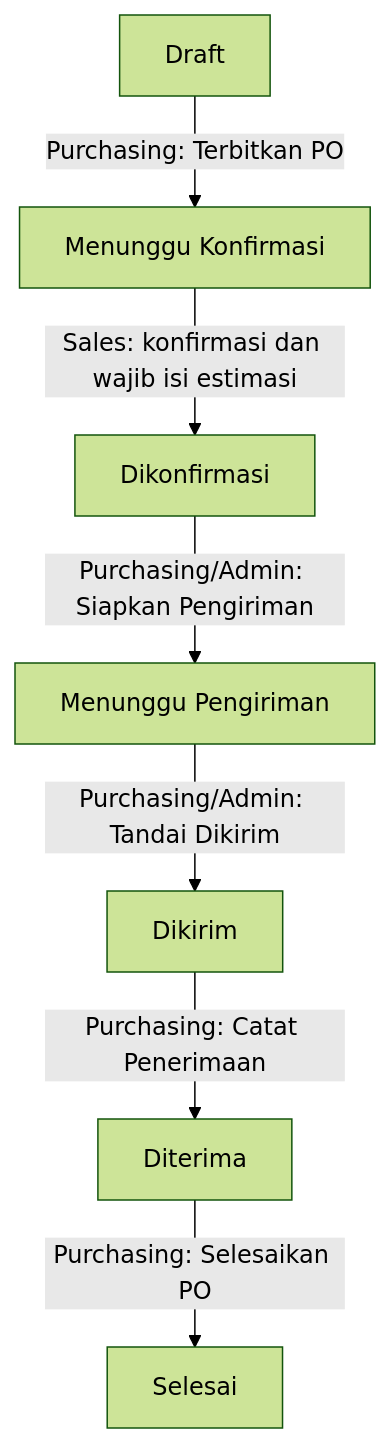
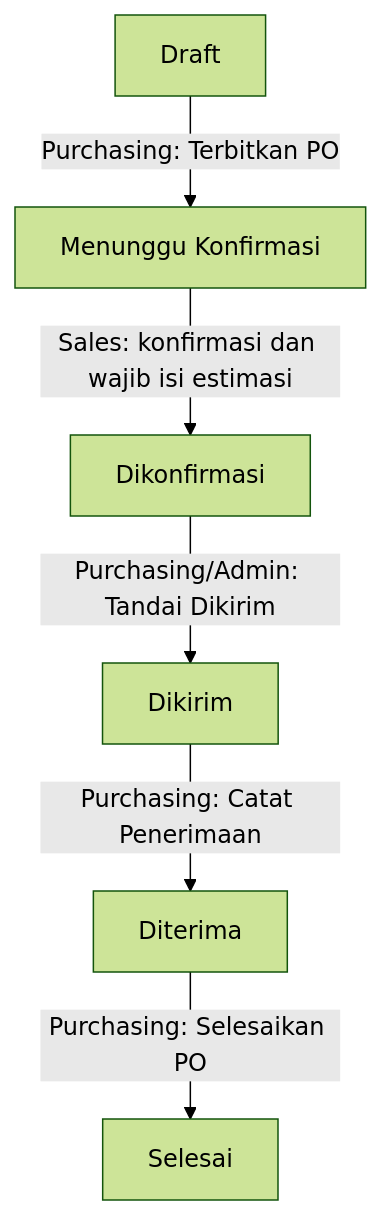
One commit to mcsatriasparta11-max/tokodigital changed the diagram in docs/WORKFLOW.md. Above: the diagram before and after it, drawn with Mermaid (forest theme). The commit also changed other lines of this file and 7 other files, not shown here.

````diff
--- a/docs/WORKFLOW.md
+++ b/docs/WORKFLOW.md
@@ -20,9 +20,8 @@
 ```mermaid
 flowchart TD
  D[Draft] -->|Purchasing: Terbitkan PO| A[Menunggu Konfirmasi]
  A -->|Sales: konfirmasi dan wajib isi estimasi| C[Dikonfirmasi]
- C -->|Purchasing/Admin: Siapkan Pengiriman| W[Menunggu Pengiriman]
- W -->|Purchasing/Admin: Tandai Dikirim| S[Dikirim]
+ C -->|Purchasing/Admin: Tandai Dikirim| S[Dikirim]
  S -->|Purchasing: Catat Penerimaan| R[Diterima]
  R -->|Purchasing: Selesaikan PO| F[Selesai]
 ```
````
